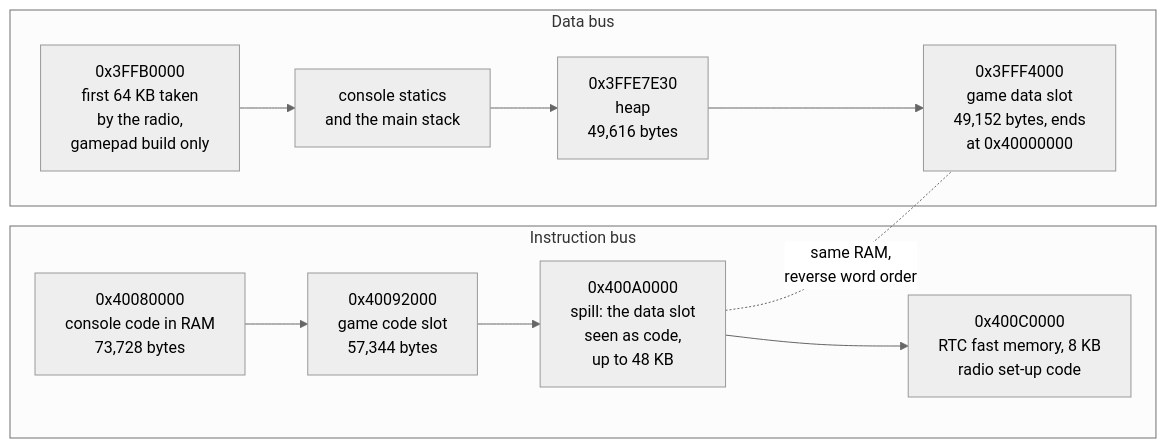
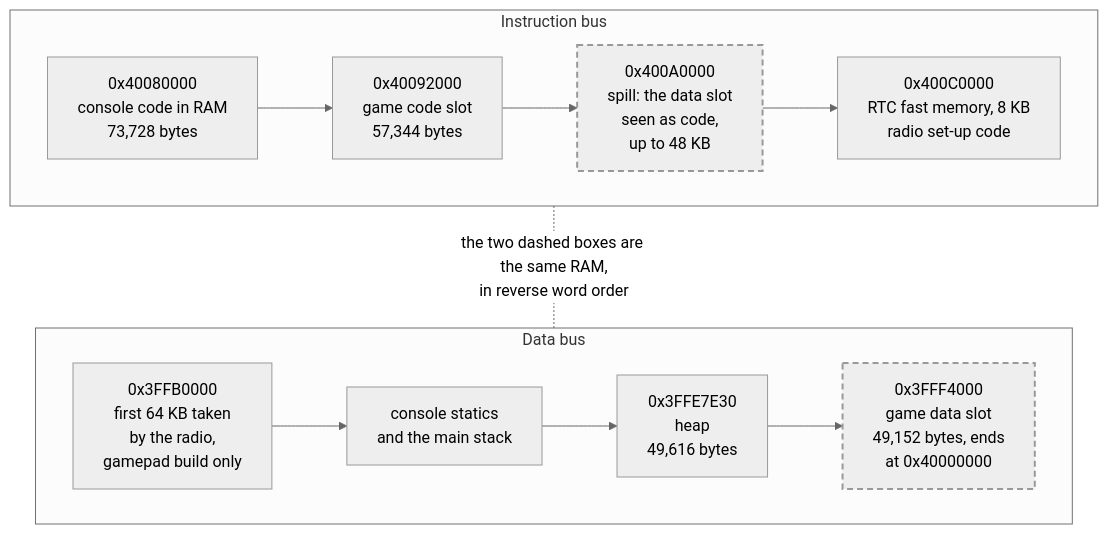
Before and after one commit to hudson-bruno/pocketme: the first of 3 diagrams in docs/hardware.md, drawn with Mermaid (neutral theme). The commit also changed other lines of this file and 2 other files, not shown here.

Commit message:
docs: stack the memory map's two buses, keep diagram labels as written
On GitHub the two buses of the memory map came out side by side and
tiny. They are now two rows, with the spill and the data slot drawn as
dashed boxes. The other redrawn diagrams keep their own line breaks.

````diff
--- a/docs/hardware.md
+++ b/docs/hardware.md
@@ -106,18 +106,24 @@
 ```mermaid
-flowchart LR
+%%{init: {"flowchart": {"wrappingWidth": 600}}}%%
+flowchart TB
     subgraph IBUS["Instruction bus"]
+        direction LR
         I1["0x40080000<br>console code in RAM<br>73,728 bytes"]
         I2["0x40092000<br>game code slot<br>57,344 bytes"]
         I3["0x400A0000<br>spill: the data slot<br>seen as code,<br>up to 48 KB"]
         I4["0x400C0000<br>RTC fast memory, 8 KB<br>radio set-up code"]
         I1 --> I2 --> I3 --> I4
     end
     subgraph DBUS["Data bus"]
+        direction LR
         D1["0x3FFB0000<br>first 64 KB taken<br>by the radio,<br>gamepad build only"]
         D2["console statics<br>and the main stack"]
         D3["0x3FFE7E30<br>heap<br>49,616 bytes"]
         D4["0x3FFF4000<br>game data slot<br>49,152 bytes, ends<br>at 0x40000000"]
         D1 --> D2 --> D3 --> D4
     end
-    I3 -.-|"same RAM,<br>reverse word order"| D4
+    IBUS -.-|"the two dashed boxes are the same RAM,<br>in reverse word order"| DBUS
+
+    classDef shared stroke-width:2px,stroke-dasharray:6 4
+    class I3,D4 shared
 ```
````
